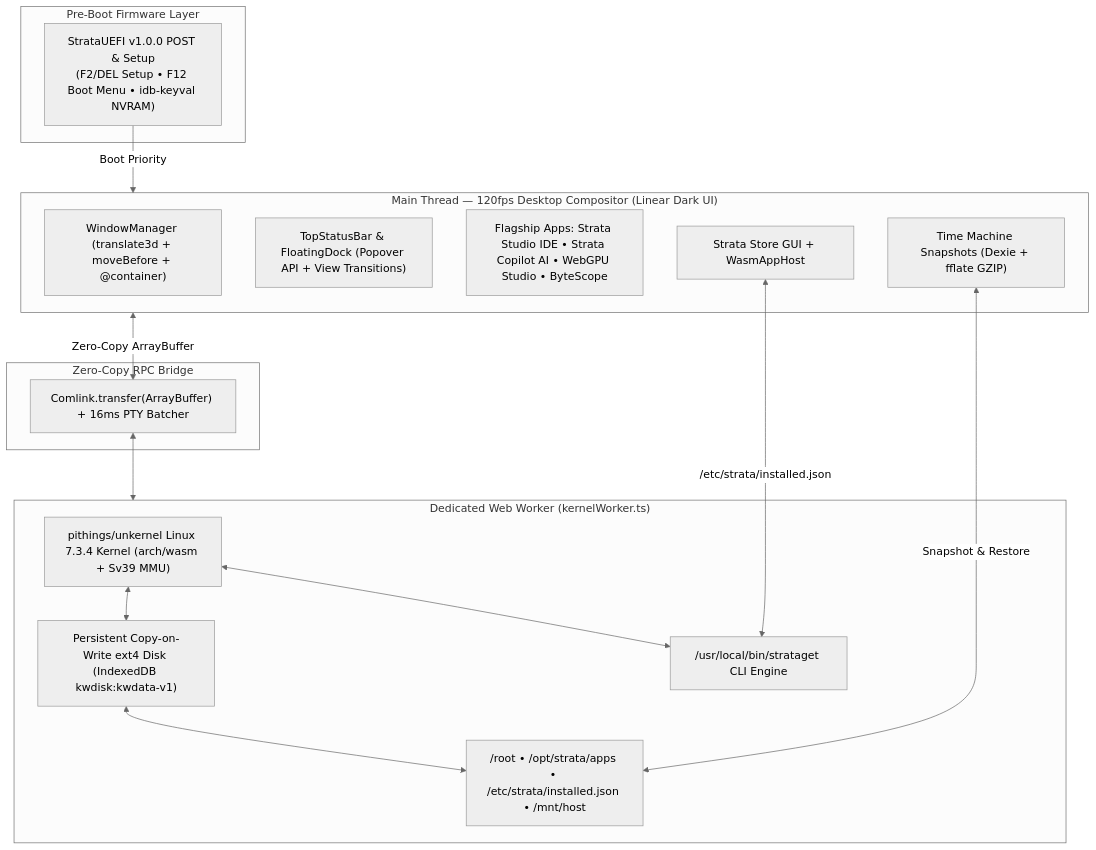
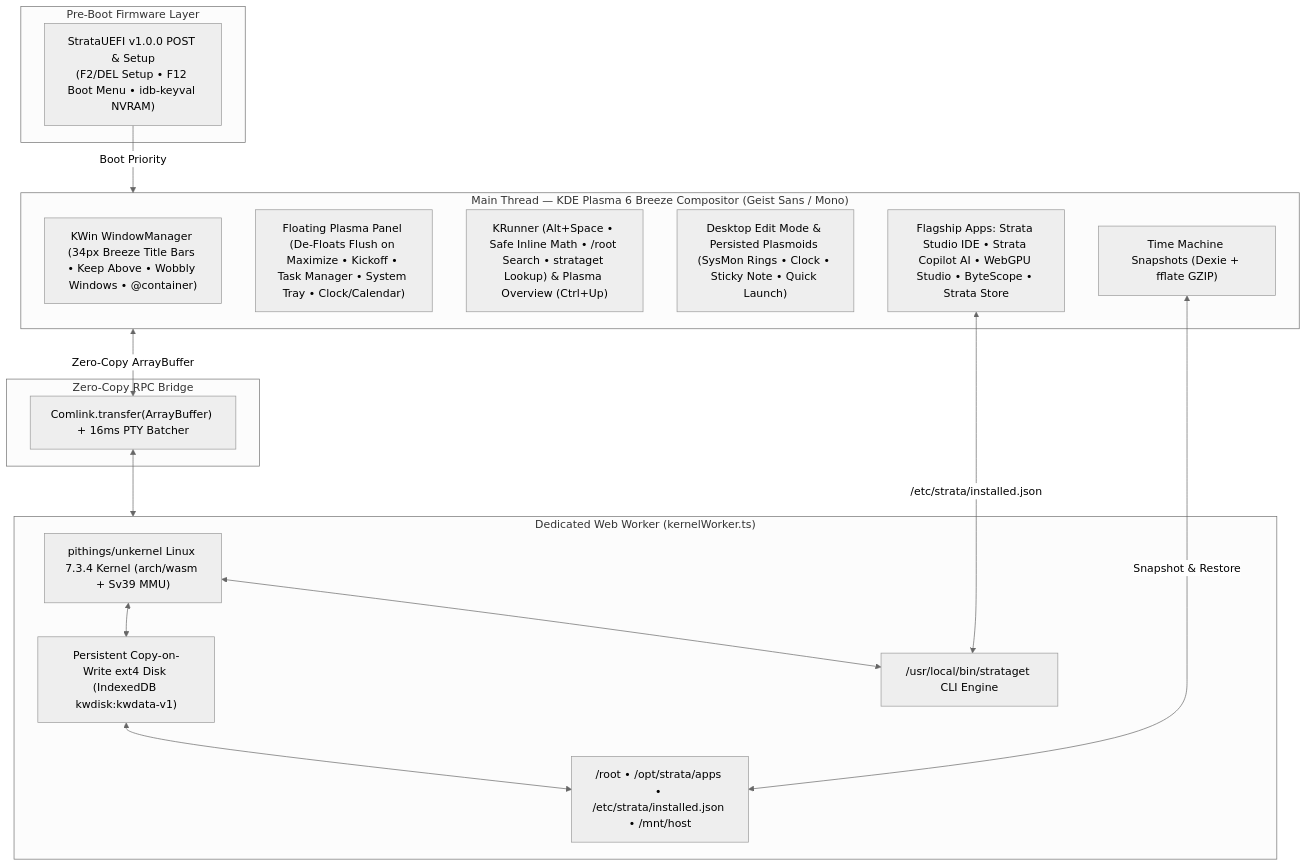
One commit to Maor-404/StrataOS changed the diagram in README.md. Above: the diagram before and after it, drawn with Mermaid (neutral theme). The commit also changed other lines of this file and 18 other files, not shown here.

Commit message:
feat(plasma6,growth): KDE Plasma 6 Breeze overhaul, KRunner, Edit Mode plasmoids & viral launch engine

````diff
--- a/README.md
+++ b/README.md
@@ -20,34 +36,35 @@
 ```mermaid
 flowchart TD
     subgraph Firmware["Pre-Boot Firmware Layer"]
         UEFI["StrataUEFI v1.0.0 POST & Setup<br/>(F2/DEL Setup • F12 Boot Menu • idb-keyval NVRAM)"]
     end
 
-    subgraph MainThread["Main Thread — 120fps Desktop Compositor (Linear Dark UI)"]
-        WM["WindowManager (translate3d + moveBefore + @container)"]
-        TopBar["TopStatusBar & FloatingDock (Popover API + View Transitions)"]
-        Apps["Flagship Apps: Strata Studio IDE • Strata Copilot AI • WebGPU Studio • ByteScope"]
-        StoreGUI["Strata Store GUI + WasmAppHost"]
+    subgraph MainThread["Main Thread — KDE Plasma 6 Breeze Compositor (Geist Sans / Mono)"]
+        WM["KWin WindowManager (34px Breeze Title Bars • Keep Above • Wobbly Windows • @container)"]
+        Panel["Floating Plasma Panel (De-Floats Flush on Maximize • Kickoff • Task Manager • System Tray • Clock/Calendar)"]
+        KRunner["KRunner (Alt+Space • Safe Inline Math • /root Search • strataget Lookup) & Plasma Overview (Ctrl+Up)"]
+        Plasmoids["Desktop Edit Mode & Persisted Plasmoids (SysMon Rings • Clock • Sticky Note • Quick Launch)"]
+        Apps["Flagship Apps: Strata Studio IDE • Strata Copilot AI • WebGPU Studio • ByteScope • Strata Store"]
         TM["Time Machine Snapshots (Dexie + fflate GZIP)"]
     end
 
     subgraph Bridge["Zero-Copy RPC Bridge"]
         Comlink["Comlink.transfer(ArrayBuffer) + 16ms PTY Batcher"]
     end
 
     subgraph WorkerThread["Dedicated Web Worker (kernelWorker.ts)"]
         Unkernel["pithings/unkernel Linux 7.3.4 Kernel (arch/wasm + Sv39 MMU)"]
         Strataget["/usr/local/bin/strataget CLI Engine"]
         Ext4["Persistent Copy-on-Write ext4 Disk (IndexedDB kwdisk:kwdata-v1)"]
         VFS["/root • /opt/strata/apps • /etc/strata/installed.json • /mnt/host"]
     end
 
     UEFI -->|"Boot Priority"| MainThread
     MainThread <-->|"Zero-Copy ArrayBuffer"| Comlink
     Comlink <--> WorkerThread
     Unkernel <--> Strataget
     Unkernel <--> Ext4
     Ext4 <--> VFS
-    StoreGUI <-->|"/etc/strata/installed.json"| Strataget
+    Apps <-->|"/etc/strata/installed.json"| Strataget
     TM <-->|"Snapshot & Restore"| VFS
 ```
````
